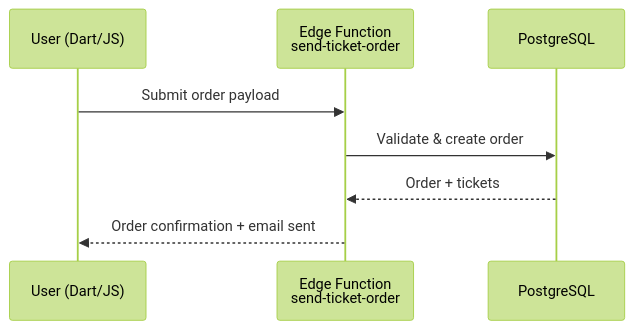
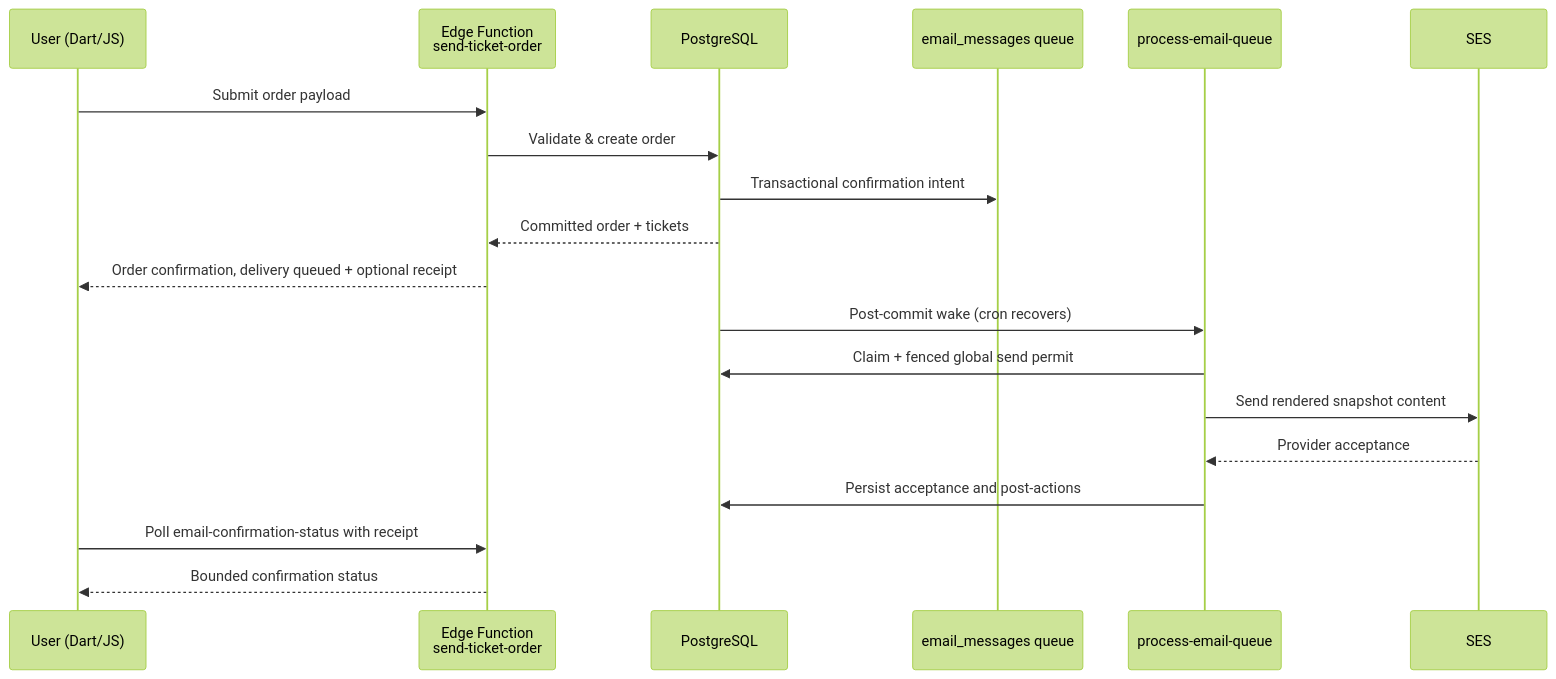
The first of 2 diagrams in docs/architecture/SERVICES.md (festappnet/festapp), drawn with Mermaid (forest theme) before and after one commit. The commit also changed other lines of this file and 259 other files, not shown here.

````diff
--- a/docs/architecture/SERVICES.md
+++ b/docs/architecture/SERVICES.md
@@ -121,11 +121,22 @@
 ```mermaid
 sequenceDiagram
     participant U as User (Dart/JS)
     participant EF as Edge Function<br/>send-ticket-order
     participant DB as PostgreSQL
 
     U->>EF: Submit order payload
     EF->>DB: Validate & create order
-    DB-->>EF: Order + tickets
-    EF-->>U: Order confirmation + email sent
+    participant Q as email_messages queue
+    participant W as process-email-queue
+    participant SES as SES
+    DB->>Q: Transactional confirmation intent
+    DB-->>EF: Committed order + tickets
+    EF-->>U: Order confirmation, delivery queued + optional receipt
+    DB->>W: Post-commit wake (cron recovers)
+    W->>DB: Claim + fenced global send permit
+    W->>SES: Send rendered snapshot content
+    SES-->>W: Provider acceptance
+    W->>DB: Persist acceptance and post-actions
+    U->>EF: Poll email-confirmation-status with receipt
+    EF-->>U: Bounded confirmation status
 ```
````
